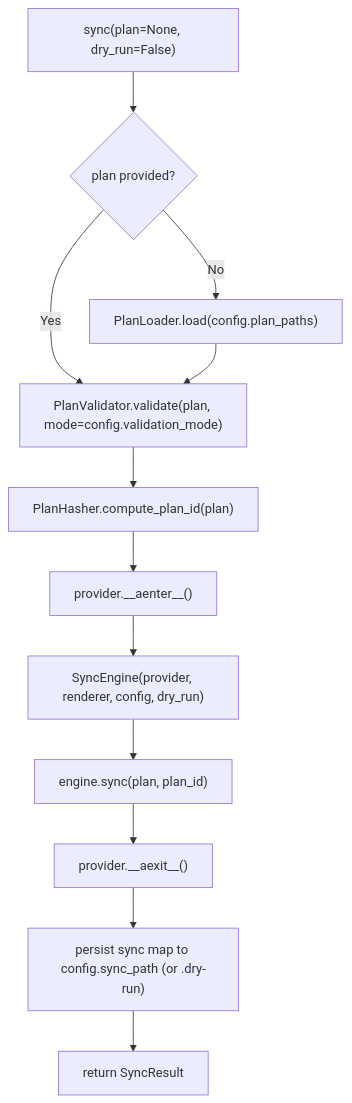
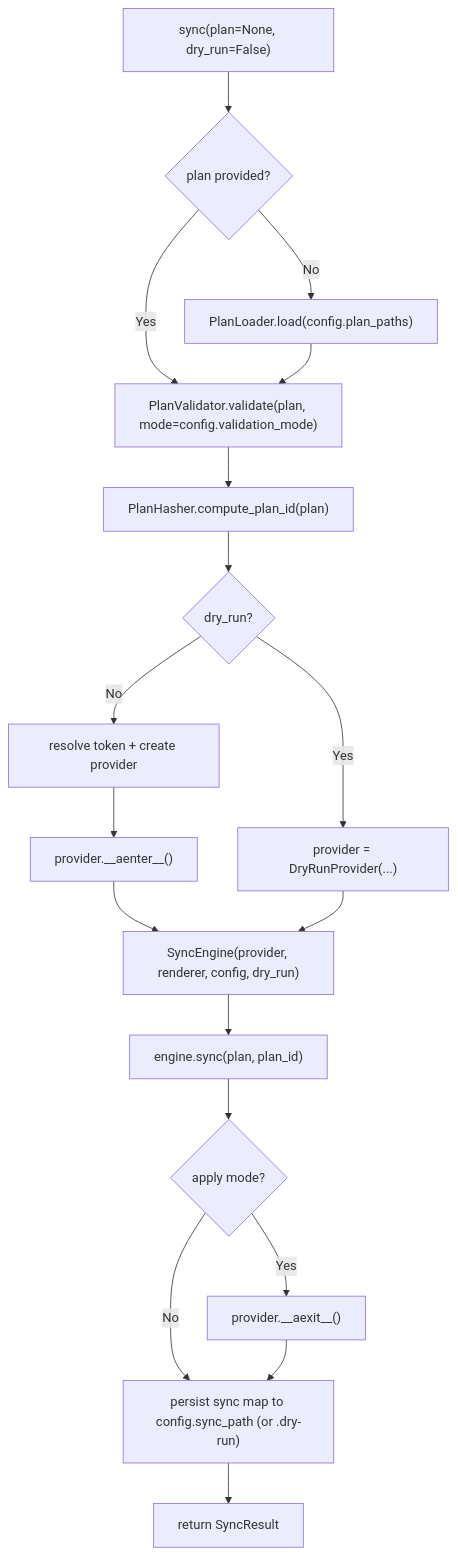
One commit to aryeko/planpilot changed the diagram in docs/v2/modules/sdk.md. Above: the diagram before and after it, drawn with Mermaid. The commit also changed other lines of this file and 9 other files, not shown here.

Commit message:
docs(v2): refine dry-run, partial mode, and concurrency contracts

````diff
--- a/docs/v2/modules/sdk.md
+++ b/docs/v2/modules/sdk.md
@@ -41,14 +40,20 @@
 ```mermaid
 flowchart TB
     Start["sync(plan=None, dry_run=False)"] --> LoadPlan{"plan provided?"}
     LoadPlan -- No --> Load["PlanLoader.load(config.plan_paths)"]
     LoadPlan -- Yes --> Validate
     Load --> Validate["PlanValidator.validate(plan, mode=config.validation_mode)"]
     Validate --> Hash["PlanHasher.compute_plan_id(plan)"]
-    Hash --> Enter["provider.__aenter__()"]
+    Hash --> Mode{"dry_run?"}
+    Mode -- Yes --> DryProv["provider = DryRunProvider(...)"]
+    Mode -- No --> Auth["resolve token + create provider"]
+    Auth --> Enter["provider.__aenter__()"]
     Enter --> Engine["SyncEngine(provider, renderer, config, dry_run)"]
+    DryProv --> Engine
     Engine --> Run["engine.sync(plan, plan_id)"]
-    Run --> Exit["provider.__aexit__()"]
-    Exit --> Persist["persist sync map to config.sync_path (or .dry-run)"]
+    Run --> Exit{"apply mode?"}
+    Exit -- Yes --> ProviderExit["provider.__aexit__()"]
+    Exit -- No --> Persist["persist sync map to config.sync_path (or .dry-run)"]
+    ProviderExit --> Persist
     Persist --> Return["return SyncResult"]
 ```
````
